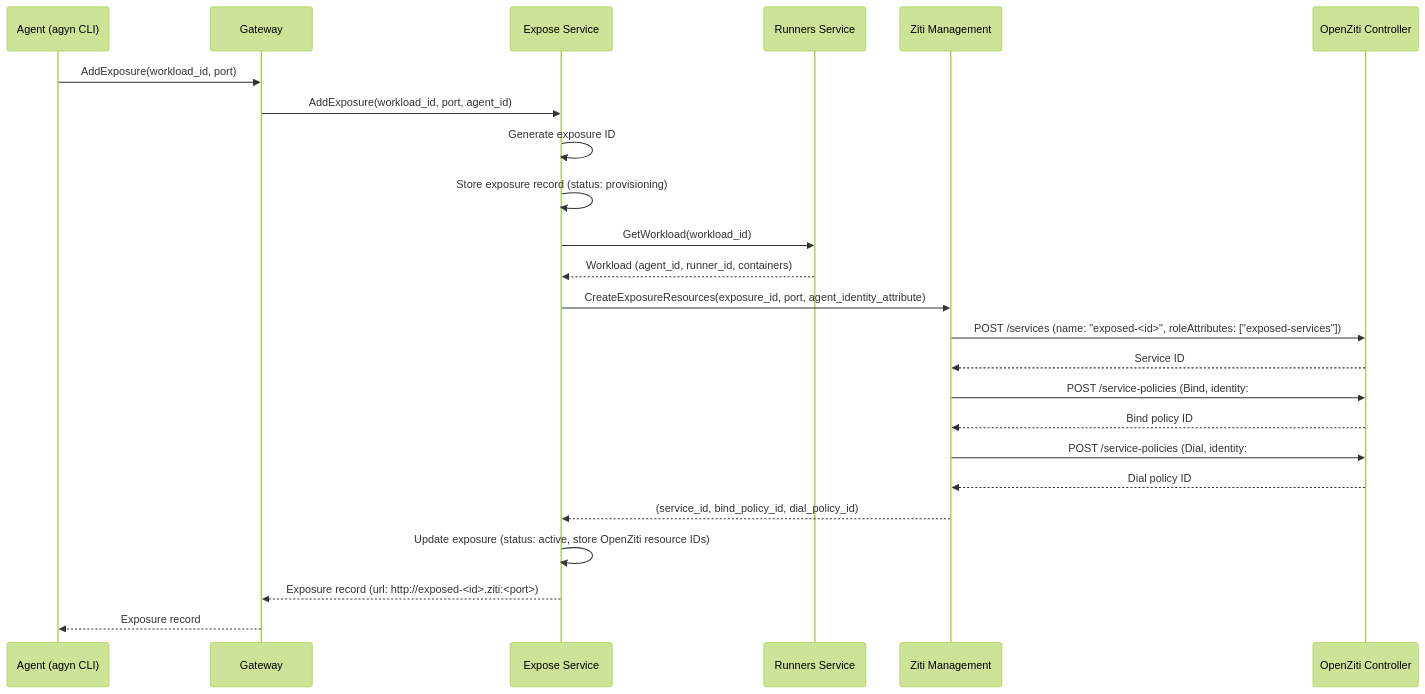
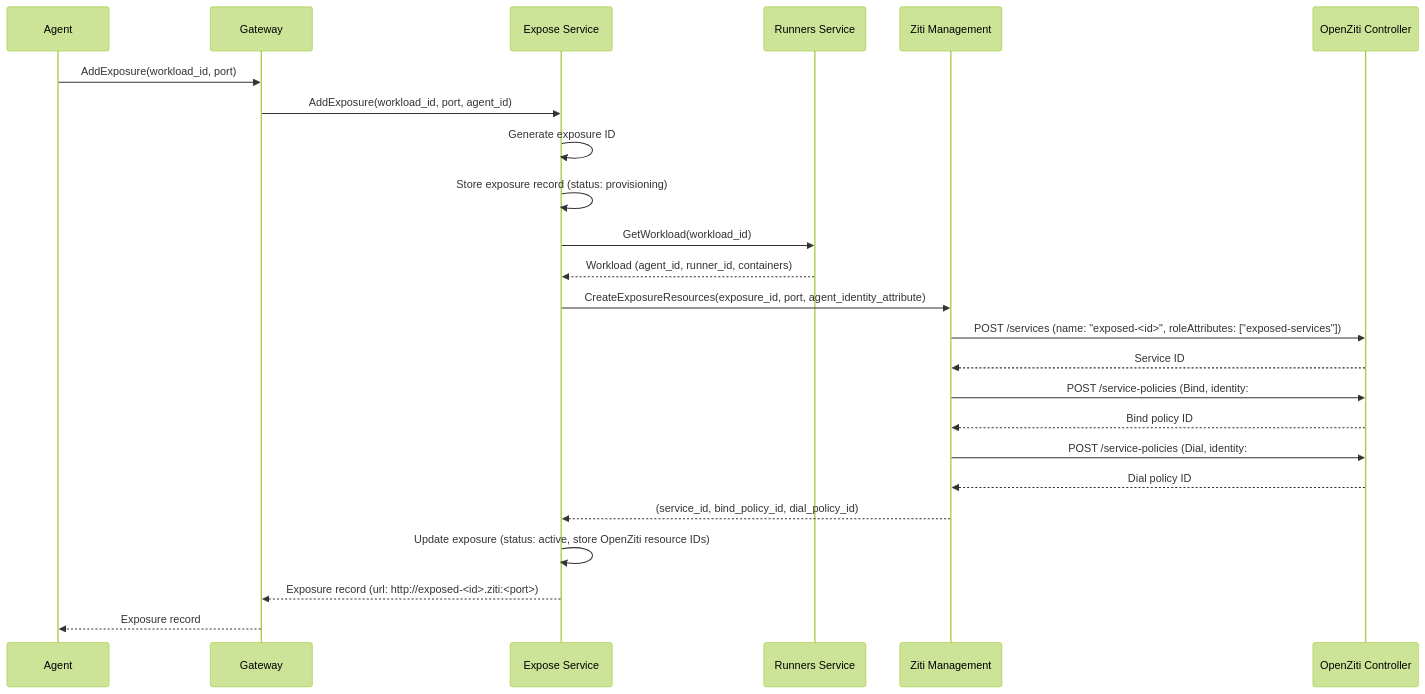
Before and after one commit to agynio/architecture: the second of 4 diagrams in architecture/expose-service.md, drawn with Mermaid (forest theme). The commit also changed other lines of this file and 8 other files, not shown here.

````diff
--- a/architecture/expose-service.md
+++ b/architecture/expose-service.md
@@ -69,27 +60,27 @@
 ```mermaid
 sequenceDiagram
-    participant A as Agent (agyn CLI)
+    participant A as Agent
     participant GW as Gateway
     participant ES as Expose Service
     participant RS as Runners Service
     participant ZM as Ziti Management
     participant ZC as OpenZiti Controller
 
     A->>GW: AddExposure(workload_id, port)
     GW->>ES: AddExposure(workload_id, port, agent_id)
     ES->>ES: Generate exposure ID
     ES->>ES: Store exposure record (status: provisioning)
     ES->>RS: GetWorkload(workload_id)
     RS-->>ES: Workload (agent_id, runner_id, containers)
     ES->>ZM: CreateExposureResources(exposure_id, port, agent_identity_attribute)
     ZM->>ZC: POST /services (name: "exposed-<id>", roleAttributes: ["exposed-services"])
     ZC-->>ZM: Service ID
     ZM->>ZC: POST /service-policies (Bind, identity: #agent-<agentId>, service: @exposed-<id>)
     ZC-->>ZM: Bind policy ID
     ZM->>ZC: POST /service-policies (Dial, identity: #devices, service: @exposed-<id>)
     ZC-->>ZM: Dial policy ID
     ZM-->>ES: (service_id, bind_policy_id, dial_policy_id)
     ES->>ES: Update exposure (status: active, store OpenZiti resource IDs)
     ES-->>GW: Exposure record (url: http://exposed-<id>.ziti:<port>)
     GW-->>A: Exposure record
 ```
````
